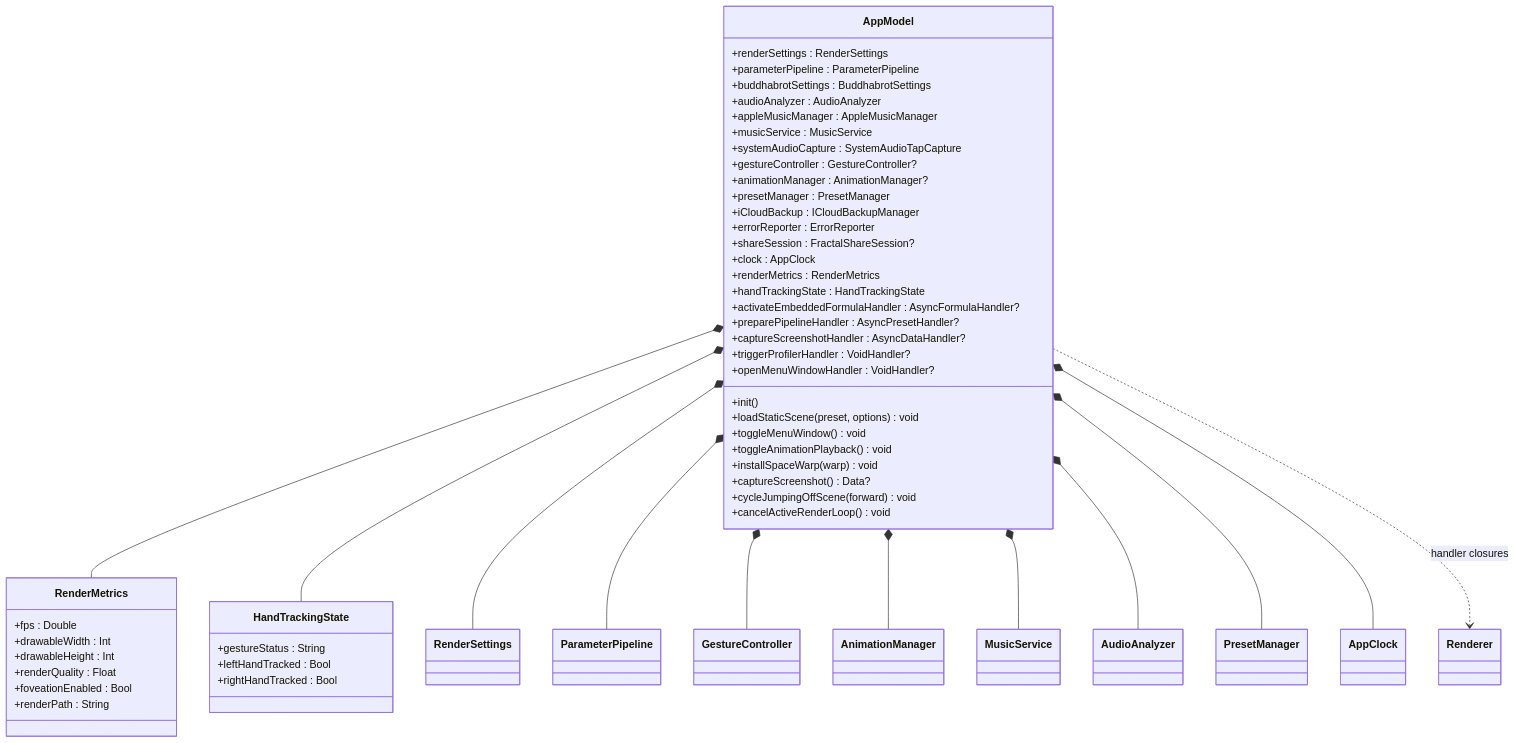
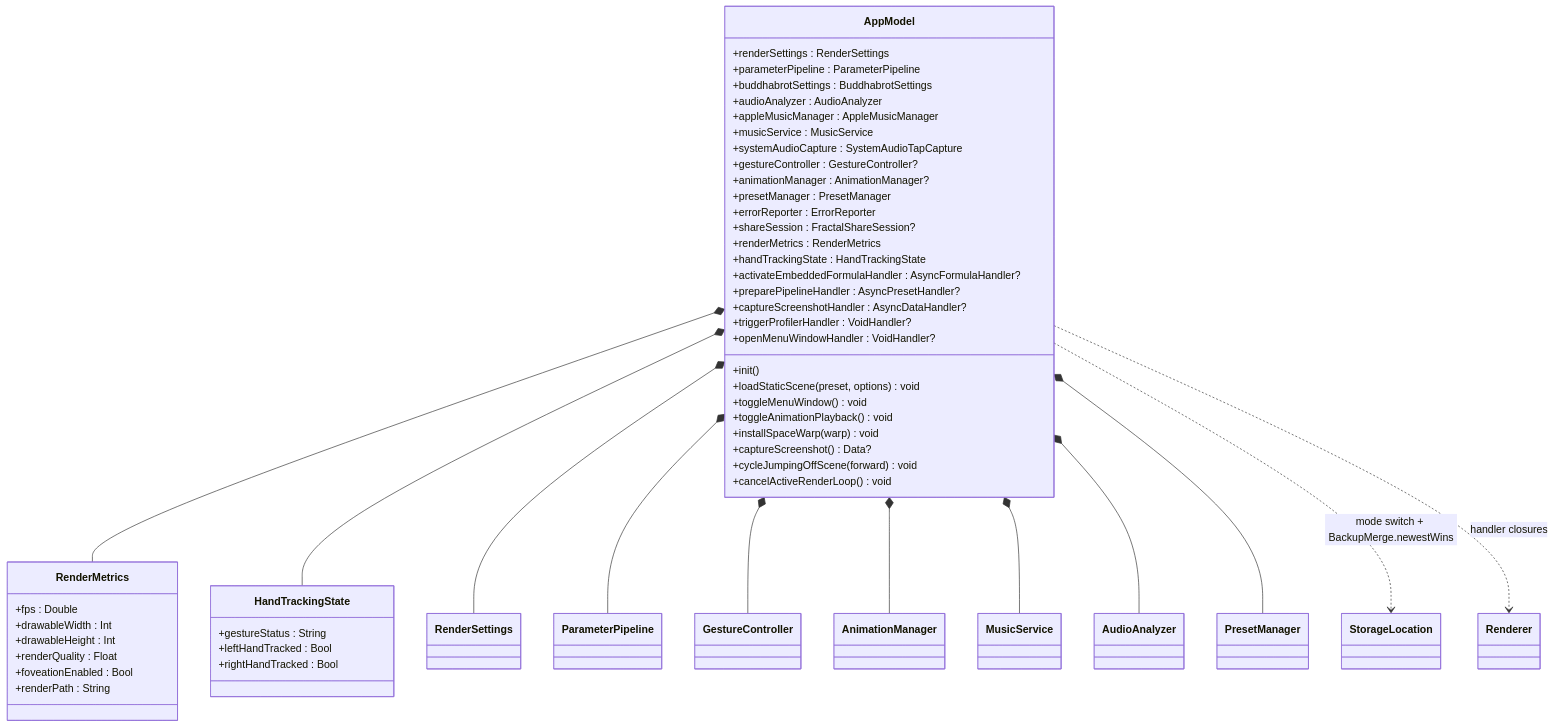
The first of 17 diagrams in Context/CLASS_DIAGRAM.md (Halopend/MetalRaymarch-main), drawn with Mermaid before and after one commit. The commit also changed other lines of this file and 16 other files, not shown here.

````diff
--- a/Context/CLASS_DIAGRAM.md
+++ b/Context/CLASS_DIAGRAM.md
@@ -28,61 +28,59 @@
 ```mermaid
 classDiagram
     direction TB
 
     class AppModel {
         +renderSettings : RenderSettings
         +parameterPipeline : ParameterPipeline
         +buddhabrotSettings : BuddhabrotSettings
         +audioAnalyzer : AudioAnalyzer
         +appleMusicManager : AppleMusicManager
         +musicService : MusicService
         +systemAudioCapture : SystemAudioTapCapture
         +gestureController : GestureController?
         +animationManager : AnimationManager?
         +presetManager : PresetManager
-        +iCloudBackup : ICloudBackupManager
         +errorReporter : ErrorReporter
         +shareSession : FractalShareSession?
-        +clock : AppClock
         +renderMetrics : RenderMetrics
         +handTrackingState : HandTrackingState
         +activateEmbeddedFormulaHandler : AsyncFormulaHandler?
         +preparePipelineHandler : AsyncPresetHandler?
         +captureScreenshotHandler : AsyncDataHandler?
         +triggerProfilerHandler : VoidHandler?
         +openMenuWindowHandler : VoidHandler?
         +init()
         +loadStaticScene(preset, options) void
         +toggleMenuWindow() void
         +toggleAnimationPlayback() void
         +installSpaceWarp(warp) void
         +captureScreenshot() Data?
         +cycleJumpingOffScene(forward) void
         +cancelActiveRenderLoop() void
     }
     class RenderMetrics {
         +fps : Double
         +drawableWidth : Int
         +drawableHeight : Int
         +renderQuality : Float
         +foveationEnabled : Bool
         +renderPath : String
     }
     class HandTrackingState {
         +gestureStatus : String
         +leftHandTracked : Bool
         +rightHandTracked : Bool
     }
 
     AppModel *-- RenderMetrics
     AppModel *-- HandTrackingState
     AppModel *-- RenderSettings
     AppModel *-- ParameterPipeline
     AppModel *-- GestureController
     AppModel *-- AnimationManager
     AppModel *-- MusicService
     AppModel *-- AudioAnalyzer
     AppModel *-- PresetManager
-    AppModel *-- AppClock
+    AppModel ..> StorageLocation : mode switch + BackupMerge.newestWins
     AppModel ..> Renderer : handler closures
 ```
````
